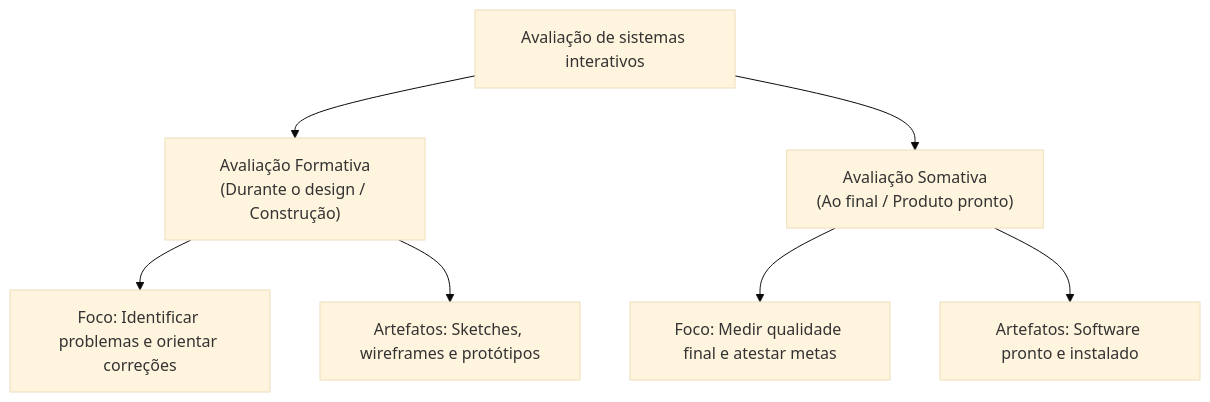
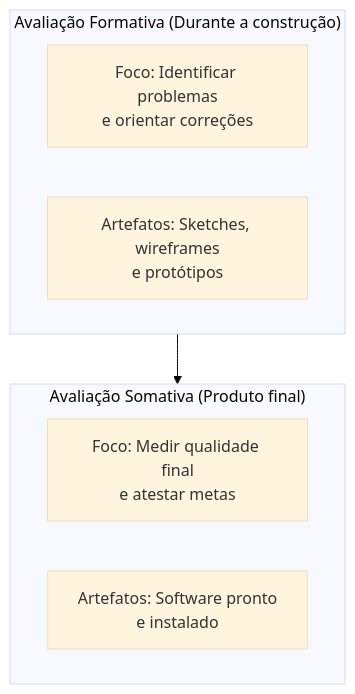
The second of 4 diagrams in 08. Design de Interacao/19. Avaliação de sistemas interativos - por que, quando e quem participa.md (leorruas/puc), drawn with Mermaid (base theme) before and after one commit. The commit also changed other lines of this file and 22 other files, not shown here.

Commit message:
style: optimize all Mermaid diagrams to tight vertical flows and enforce bidirectional navigation linking in AGENTS.md

````diff
--- a/08. Design de Interacao/19. Avaliação de sistemas interativos - por que, quando e quem participa.md
+++ b/08. Design de Interacao/19. Avaliação de sistemas interativos - por que, quando e quem participa.md
@@ -69,11 +69,14 @@
 ```mermaid
 graph TD
-    Tipos["Avaliação de sistemas interativos"] --> Formativa["Avaliação Formativa<br>(Durante o design / Construção)"]
-    Tipos --> Somativa["Avaliação Somativa<br>(Ao final / Produto pronto)"]
+    subgraph Formativa ["Avaliação Formativa (Durante a construção)"]
+        F1["Foco: Identificar problemas<br>e orientar correções"]
+        F2["Artefatos: Sketches, wireframes<br>e protótipos"]
+    end
     
-    Formativa --> F1["Foco: Identificar problemas e orientar correções"]
-    Formativa --> F2["Artefatos: Sketches, wireframes e protótipos"]
+    subgraph Somativa ["Avaliação Somativa (Produto final)"]
+        S1["Foco: Medir qualidade final<br>e atestar metas"]
+        S2["Artefatos: Software pronto<br>e instalado"]
+    end
     
-    Somativa --> S1["Foco: Medir qualidade final e atestar metas"]
-    Somativa --> S2["Artefatos: Software pronto e instalado"]
+    Formativa --> Somativa
 ```
````
